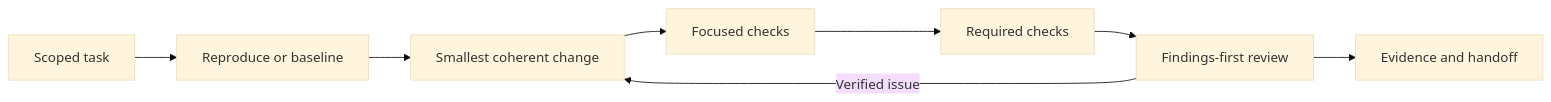
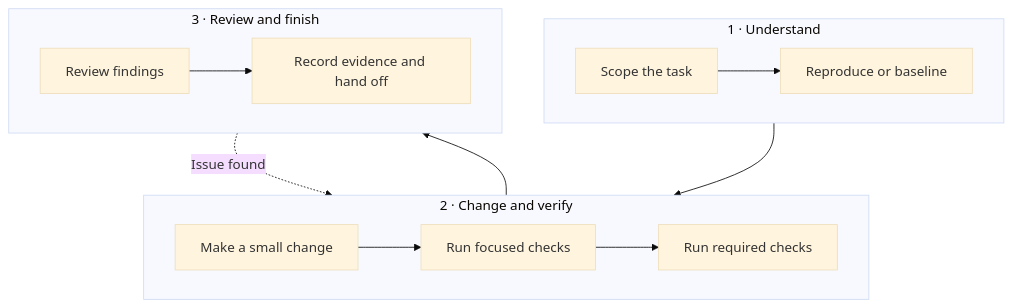
The first of 2 diagrams in README.md (Phelan164/codex-howto), drawn with Mermaid (base theme) before and after one commit. The commit also changed other lines of this file, not shown here.

Commit message:
Improve engineering-loop diagram (#6)

````diff
--- a/README.md
+++ b/README.md
@@ -29,10 +29,21 @@
 ```mermaid
-flowchart LR
-    A["Scoped task"] --> B["Reproduce or baseline"]
-    B --> C["Smallest coherent change"]
-    C --> D["Focused checks"]
-    D --> E["Required checks"]
-    E --> F["Findings-first review"]
-    F --> G["Evidence and handoff"]
-    F -- "Verified issue" --> C
+flowchart TD
+    subgraph Understand["1 · Understand"]
+        direction LR
+        A["Scope the task"] --> B["Reproduce or baseline"]
+    end
+
+    subgraph Build["2 · Change and verify"]
+        direction LR
+        C["Make a small change"] --> D["Run focused checks"] --> E["Run required checks"]
+    end
+
+    subgraph Finish["3 · Review and finish"]
+        direction LR
+        F["Review findings"] --> G["Record evidence and hand off"]
+    end
+
+    B --> C
+    E --> F
+    F -. "Issue found" .-> C
 ```
````
